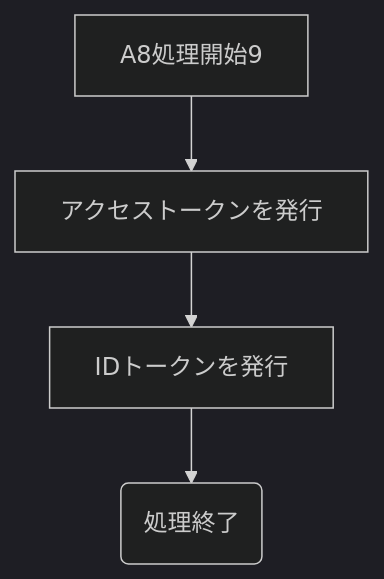
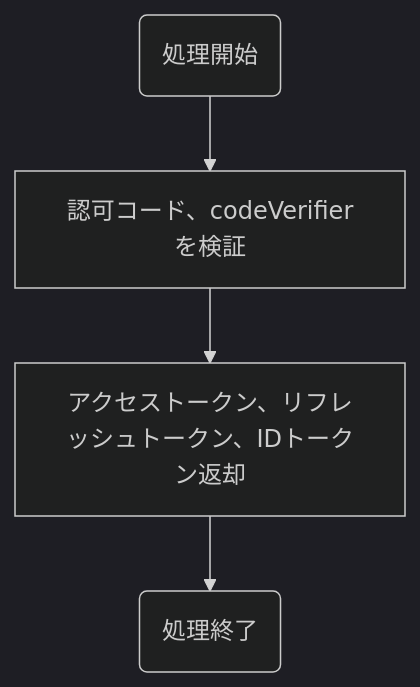
The diagram in docs/business-flow/op/Token-issue.md (nob-islan/nob-openid-connect), drawn with Mermaid before and after one commit. The commit also changed 9 other files, not shown here.

````diff
--- a/docs/business-flow/op/Token-issue.md
+++ b/docs/business-flow/op/Token-issue.md
@@ -3,7 +3,7 @@
 ```mermaid
 %%{init:{'theme':'dark'}}%%
 graph TD;
-    A8処理開始9 --> B[アクセストークンを発行]
-    B --> C[IDトークンを発行]
+    A(処理開始) --> B[認可コード、codeVerifierを検証]
+    B --> C[アクセストークン、リフレッシュトークン、IDトークン返却]
     C --> D(処理終了)
 ```
````
